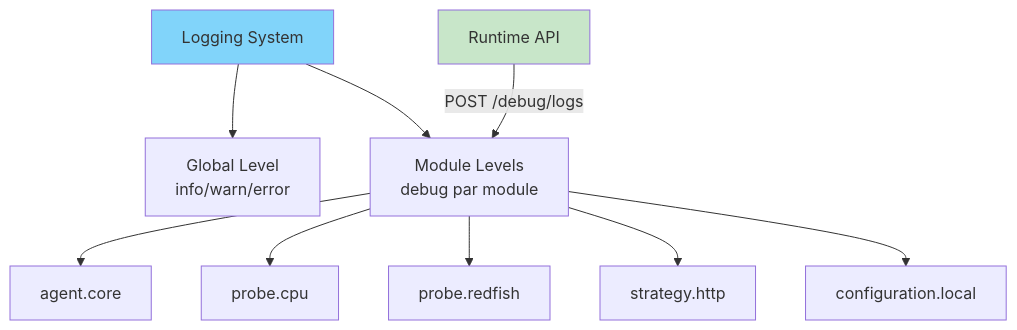
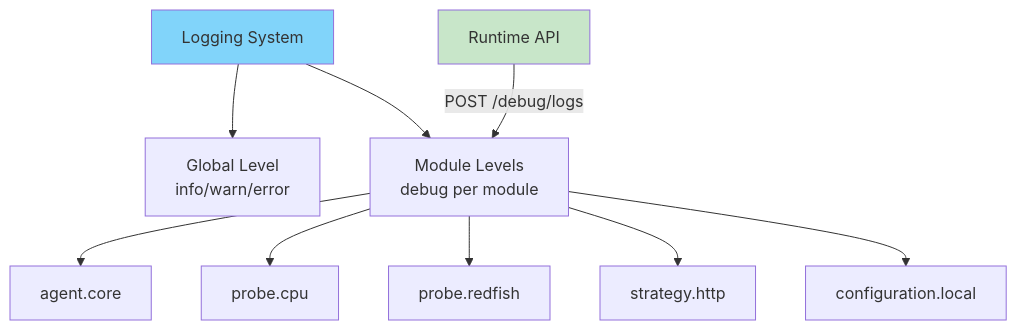
One commit to senhub-io/senhub-agent changed the first of 2 diagrams in docs/user-guide/TROUBLESHOOTING.md. Above: the diagram before and after it, drawn with Mermaid. The commit also changed other lines of this file and 3 other files, not shown here.

````diff
--- a/docs/user-guide/TROUBLESHOOTING.md
+++ b/docs/user-guide/TROUBLESHOOTING.md
@@ -21,16 +21,16 @@
 ```mermaid
 graph TD
     A[Logging System] --> B[Global Level<br/>info/warn/error]
-    A --> C[Module Levels<br/>debug par module]
+    A --> C[Module Levels<br/>debug per module]
 
     C --> C1[agent.core]
     C --> C2[probe.cpu]
     C --> C3[probe.redfish]
     C --> C4[strategy.http]
     C --> C5[configuration.local]
 
     D[Runtime API] -->|POST /debug/logs| C
 
     style A fill:#81d4fa
     style D fill:#c8e6c9
 ```
````
